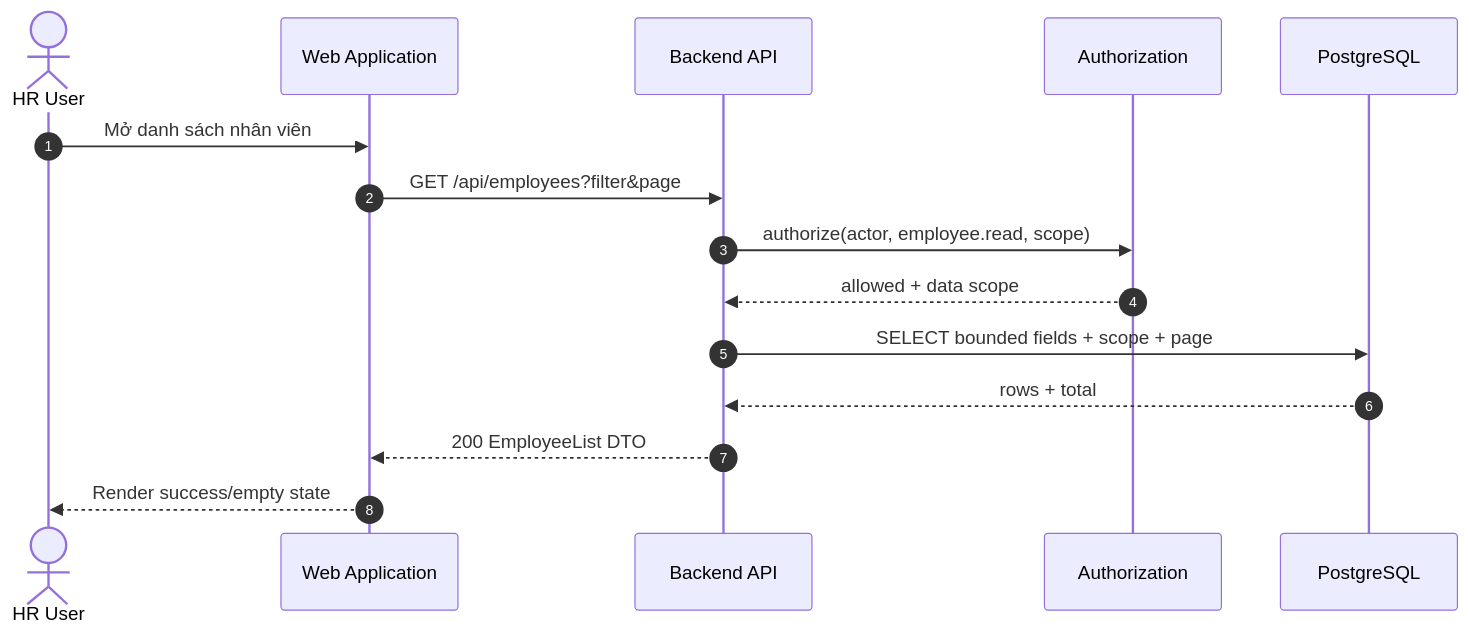
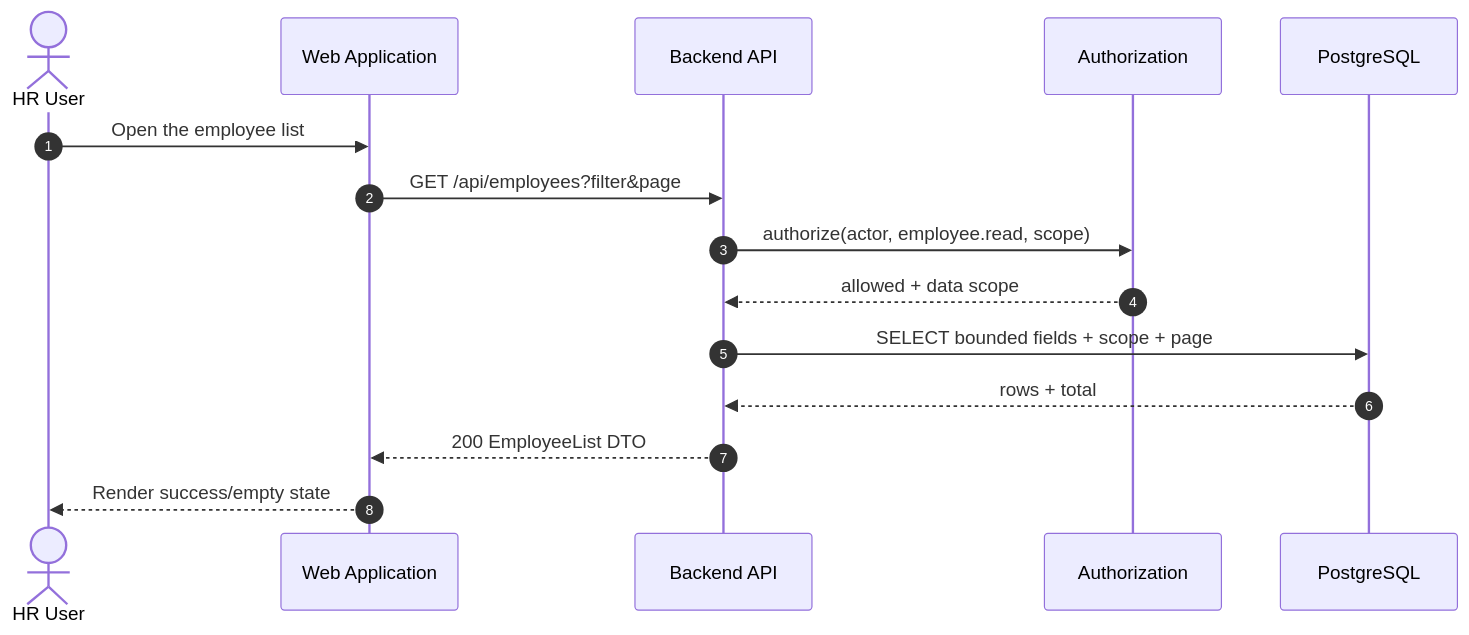
The seventh of 12 diagrams in docs/architecture.md (nvdat16/QLNS), drawn with Mermaid before and after one commit. The commit also changed other lines of this file and 25 other files, not shown here.

````diff
--- a/docs/architecture.md
+++ b/docs/architecture.md
@@ -475,18 +475,18 @@
 ```mermaid
 sequenceDiagram
     autonumber
     actor U as HR User
     participant W as Web Application
     participant A as Backend API
     participant Z as Authorization
     participant D as PostgreSQL
 
-    U->>W: Mở danh sách nhân viên
+    U->>W: Open the employee list
     W->>A: GET /api/employees?filter&page
     A->>Z: authorize(actor, employee.read, scope)
     Z-->>A: allowed + data scope
     A->>D: SELECT bounded fields + scope + page
     D-->>A: rows + total
     A-->>W: 200 EmployeeList DTO
     W-->>U: Render success/empty state
 ```
````
